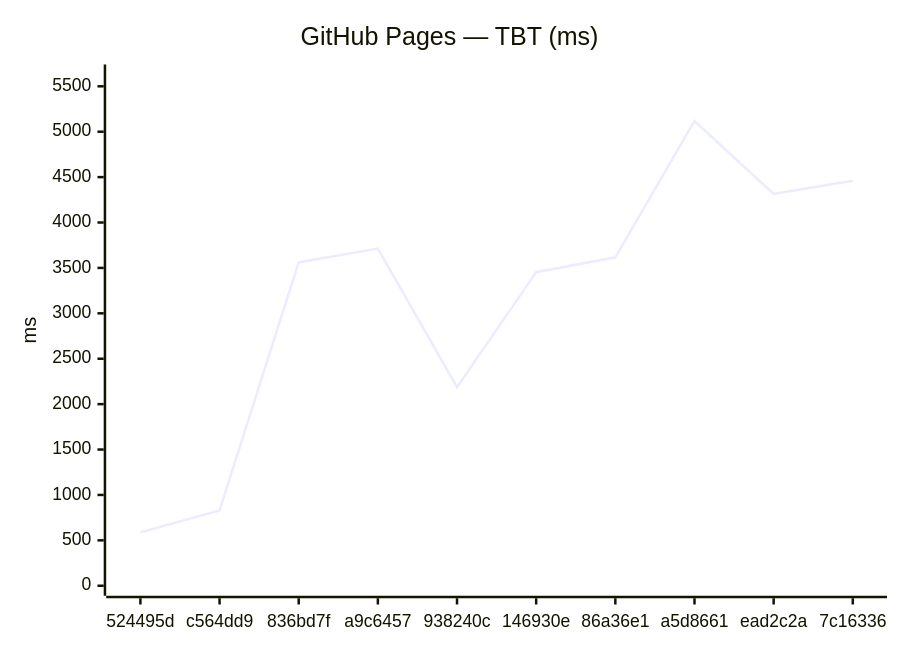
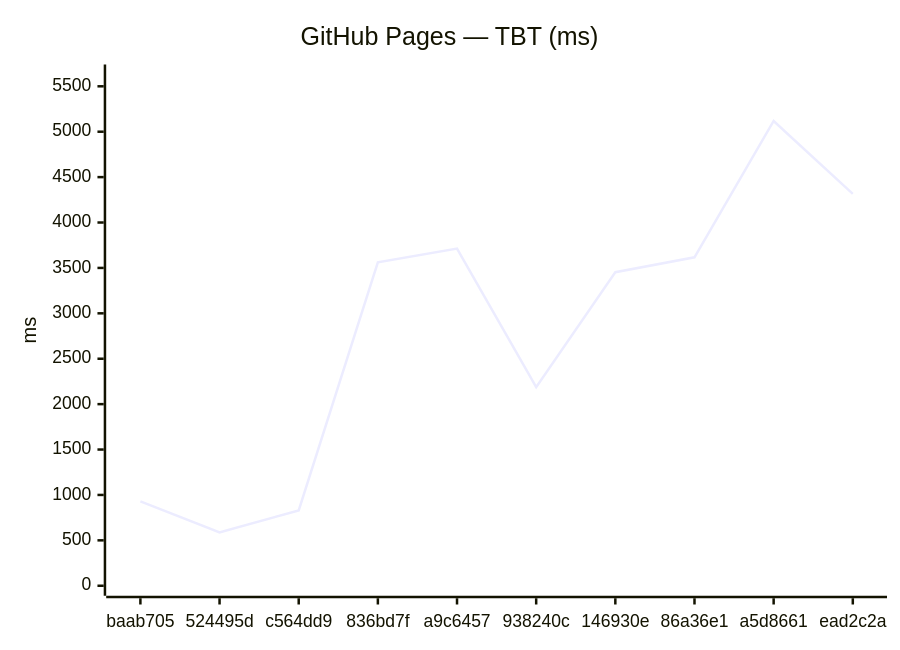
The fourth of 12 diagrams in benchmarks/compare.md (Metaheurist/Rianell), drawn with Mermaid before and after one commit. The commit also changed other lines of this file and 8 other files, not shown here.

````diff
--- a/benchmarks/compare.md
+++ b/benchmarks/compare.md
@@ -61,7 +61,7 @@
 ```mermaid
 xychart-beta
     title "GitHub Pages — TBT (ms)"
-    x-axis ["524495d", "c564dd9", "836bd7f", "a9c6457", "938240c", "146930e", "86a36e1", "a5d8661", "ead2c2a", "7c16336"]
+    x-axis ["baab705", "524495d", "c564dd9", "836bd7f", "a9c6457", "938240c", "146930e", "86a36e1", "a5d8661", "ead2c2a"]
     y-axis "ms" 0 --> 5630
-    line [588, 830, 3562, 3713, 2187, 3453, 3617, 5118, 4315, 4460]
+    line [929, 588, 830, 3562, 3713, 2187, 3453, 3617, 5118, 4315]
 ```
````
